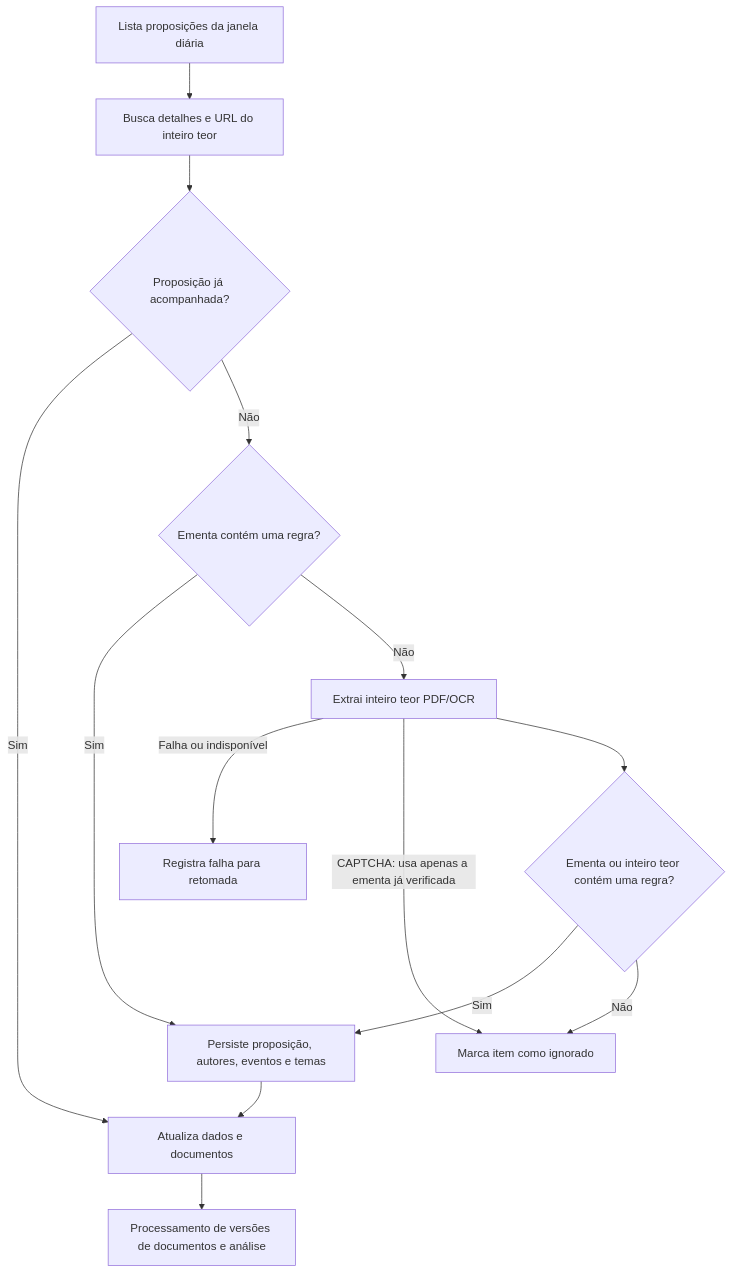
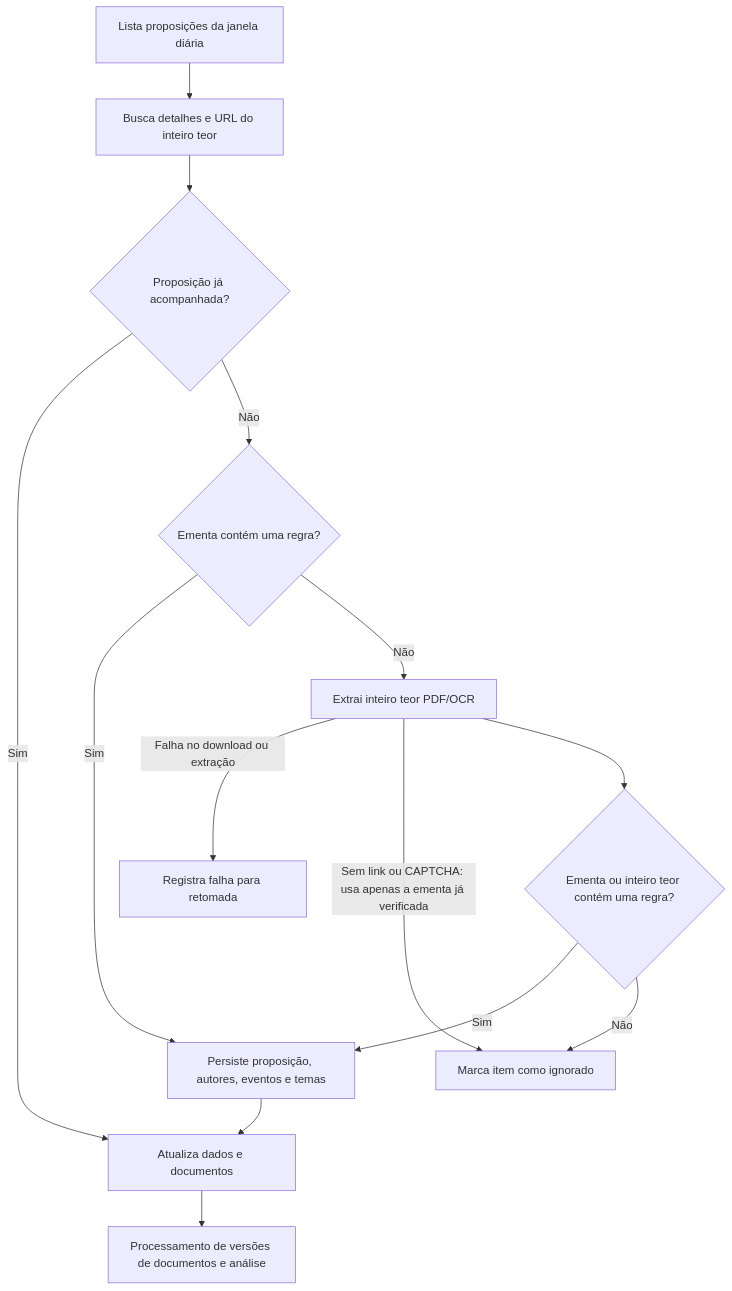
Before and after one commit to institutoazmina/elas-no-congresso-api: the second of 3 diagrams in docs/scrappers.md, drawn with Mermaid. The commit also changed other lines of this file and 2 other files, not shown here.

````diff
--- a/docs/scrappers.md
+++ b/docs/scrappers.md
@@ -79,16 +79,16 @@
 ```mermaid
 flowchart TD
     A[Lista proposições da janela diária] --> B[Busca detalhes e URL do inteiro teor]
     B --> C{Proposição já acompanhada?}
     C -->|Sim| G[Atualiza dados e documentos]
     C -->|Não| D{Ementa contém uma regra?}
     D -->|Sim| F[Persiste proposição, autores, eventos e temas]
     D -->|Não| E[Extrai inteiro teor PDF/OCR]
-    E -->|Falha ou indisponível| R[Registra falha para retomada]
-    E -->|CAPTCHA: usa apenas a ementa já verificada| I
+    E -->|Falha no download ou extração| R[Registra falha para retomada]
+    E -->|Sem link ou CAPTCHA: usa apenas a ementa já verificada| I
     E --> H{Ementa ou inteiro teor contém uma regra?}
     H -->|Sim| F
     H -->|Não| I[Marca item como ignorado]
     F --> G
     G --> J[Processamento de versões de documentos e análise]
 ```
````
